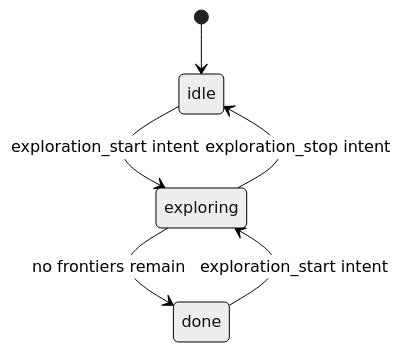
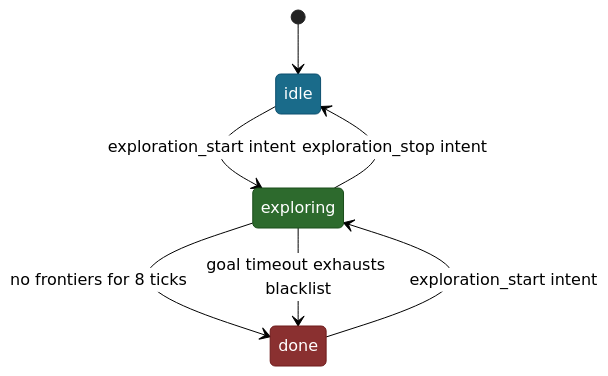
One commit to Boston-Robot-Hackers/dome_nav changed the second of 2 diagrams in 01-literate/07-explore_manager_node.md. Above: the diagram before and after it, drawn with Mermaid (neutral theme). The commit also changed other lines of this file and 9 other files, not shown here.

First line of the commit message:
feat: F10 live testing — ring-cluster fix, telemetry, goal timeout, style cleanup

````diff
--- a/01-literate/07-explore_manager_node.md
+++ b/01-literate/07-explore_manager_node.md
@@ -38,8 +63,18 @@
 ```mermaid
 stateDiagram-v2
+    direction TB
     [*] --> idle
     idle --> exploring : exploration_start intent
     done --> exploring : exploration_start intent
     exploring --> idle : exploration_stop intent
-    exploring --> done : no frontiers remain
+    exploring --> done : no frontiers for 8 ticks
+    exploring --> done : goal timeout exhausts blacklist
+
+    classDef idleStyle fill:#1a6b8a,stroke:#0d4f6e,color:#ffffff
+    classDef exploringStyle fill:#2d6a2d,stroke:#1a4d1a,color:#ffffff
+    classDef doneStyle fill:#8a3030,stroke:#6e1a1a,color:#ffffff
+
+    class idle idleStyle
+    class exploring exploringStyle
+    class done doneStyle
 ```
````
